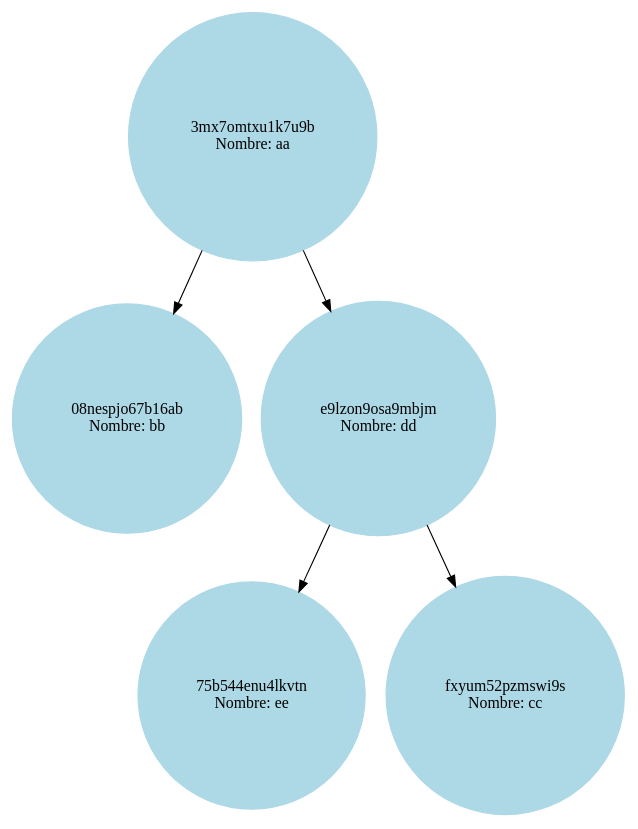
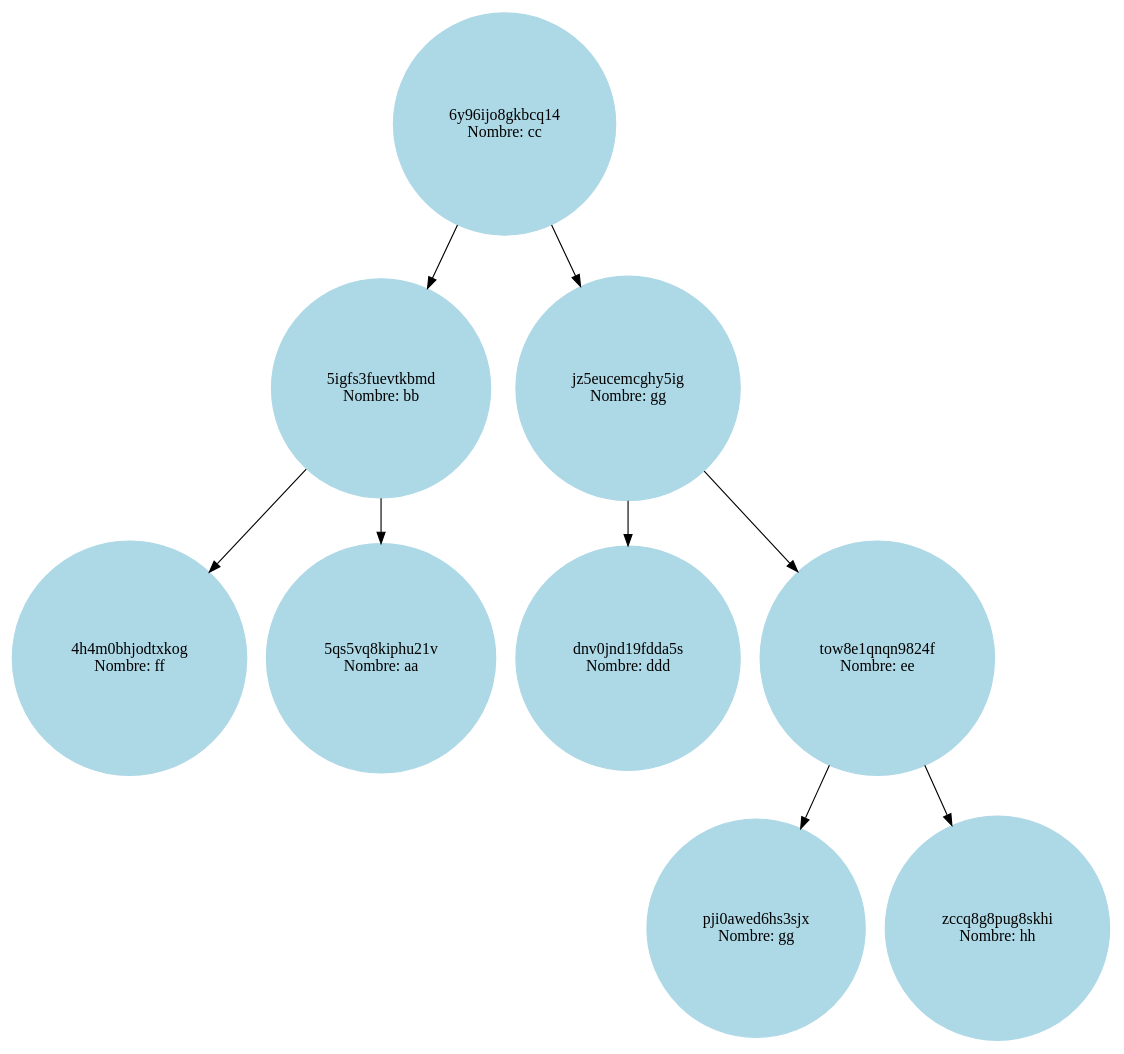
The diagram in proyecyo-1/cmake-build-debug/user_avl_report.dot (BrigidoAlvarado/proyecto-1-EDD-EVD-24), drawn with Graphviz before and after one commit. The commit also changed 9 other files, not shown here.

```diff
--- a/proyecyo-1/cmake-build-debug/user_avl_report.dot
+++ b/proyecyo-1/cmake-build-debug/user_avl_report.dot
@@ -1,12 +1,20 @@
 digraph userAvlTree {
 node [shape=circle, style=filled, color=lightblue];
-    "3mx7omtxu1k7u9b" [label="3mx7omtxu1k7u9b\nNombre: aa"];
-    "3mx7omtxu1k7u9b" -> "08nespjo67b16ab";
-    "08nespjo67b16ab" [label="08nespjo67b16ab\nNombre: bb"];
-    "3mx7omtxu1k7u9b" -> "e9lzon9osa9mbjm";
-    "e9lzon9osa9mbjm" [label="e9lzon9osa9mbjm\nNombre: dd"];
-    "e9lzon9osa9mbjm" -> "75b544enu4lkvtn";
-    "75b544enu4lkvtn" [label="75b544enu4lkvtn\nNombre: ee"];
-    "e9lzon9osa9mbjm" -> "fxyum52pzmswi9s";
-    "fxyum52pzmswi9s" [label="fxyum52pzmswi9s\nNombre: cc"];
+    "6y96ijo8gkbcq14" [label="6y96ijo8gkbcq14\nNombre: cc"];
+    "6y96ijo8gkbcq14" -> "5igfs3fuevtkbmd";
+    "5igfs3fuevtkbmd" [label="5igfs3fuevtkbmd\nNombre: bb"];
+    "5igfs3fuevtkbmd" -> "4h4m0bhjodtxkog";
+    "4h4m0bhjodtxkog" [label="4h4m0bhjodtxkog\nNombre: ff"];
+    "5igfs3fuevtkbmd" -> "5qs5vq8kiphu21v";
+    "5qs5vq8kiphu21v" [label="5qs5vq8kiphu21v\nNombre: aa"];
+    "6y96ijo8gkbcq14" -> "jz5eucemcghy5ig";
+    "jz5eucemcghy5ig" [label="jz5eucemcghy5ig\nNombre: gg"];
+    "jz5eucemcghy5ig" -> "dnv0jnd19fdda5s";
+    "dnv0jnd19fdda5s" [label="dnv0jnd19fdda5s\nNombre: ddd"];
+    "jz5eucemcghy5ig" -> "tow8e1qnqn9824f";
+    "tow8e1qnqn9824f" [label="tow8e1qnqn9824f\nNombre: ee"];
+    "tow8e1qnqn9824f" -> "pji0awed6hs3sjx";
+    "pji0awed6hs3sjx" [label="pji0awed6hs3sjx\nNombre: gg"];
+    "tow8e1qnqn9824f" -> "zccq8g8pug8skhi";
+    "zccq8g8pug8skhi" [label="zccq8g8pug8skhi\nNombre: hh"];
 }
```
